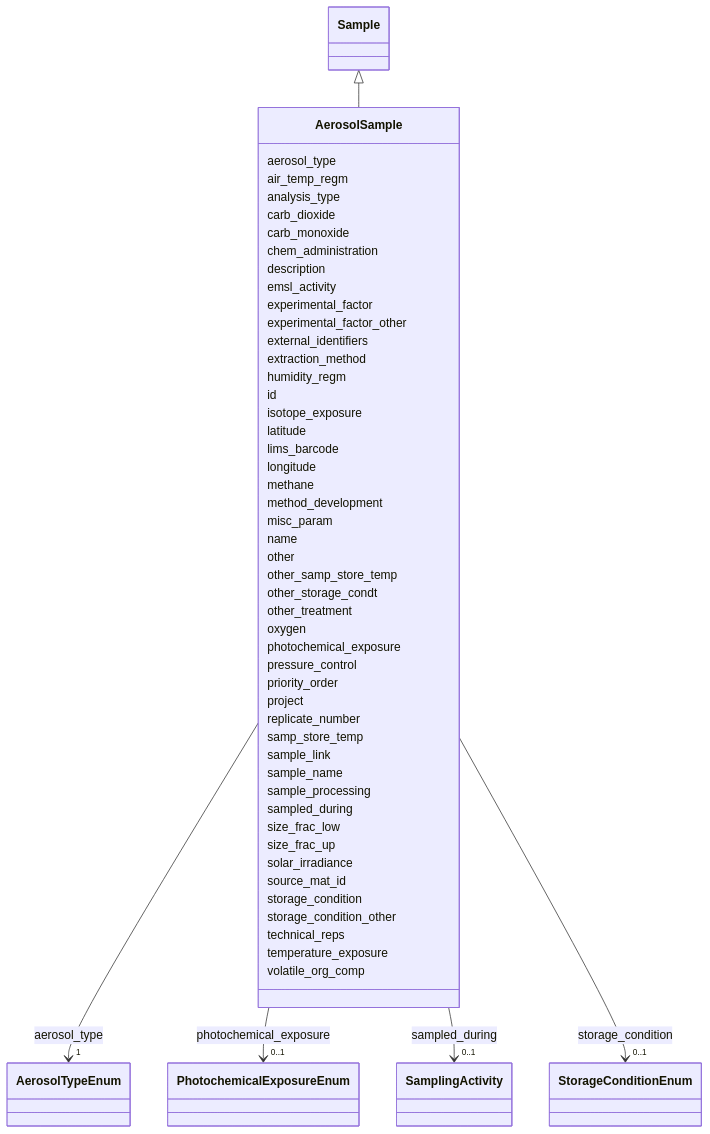
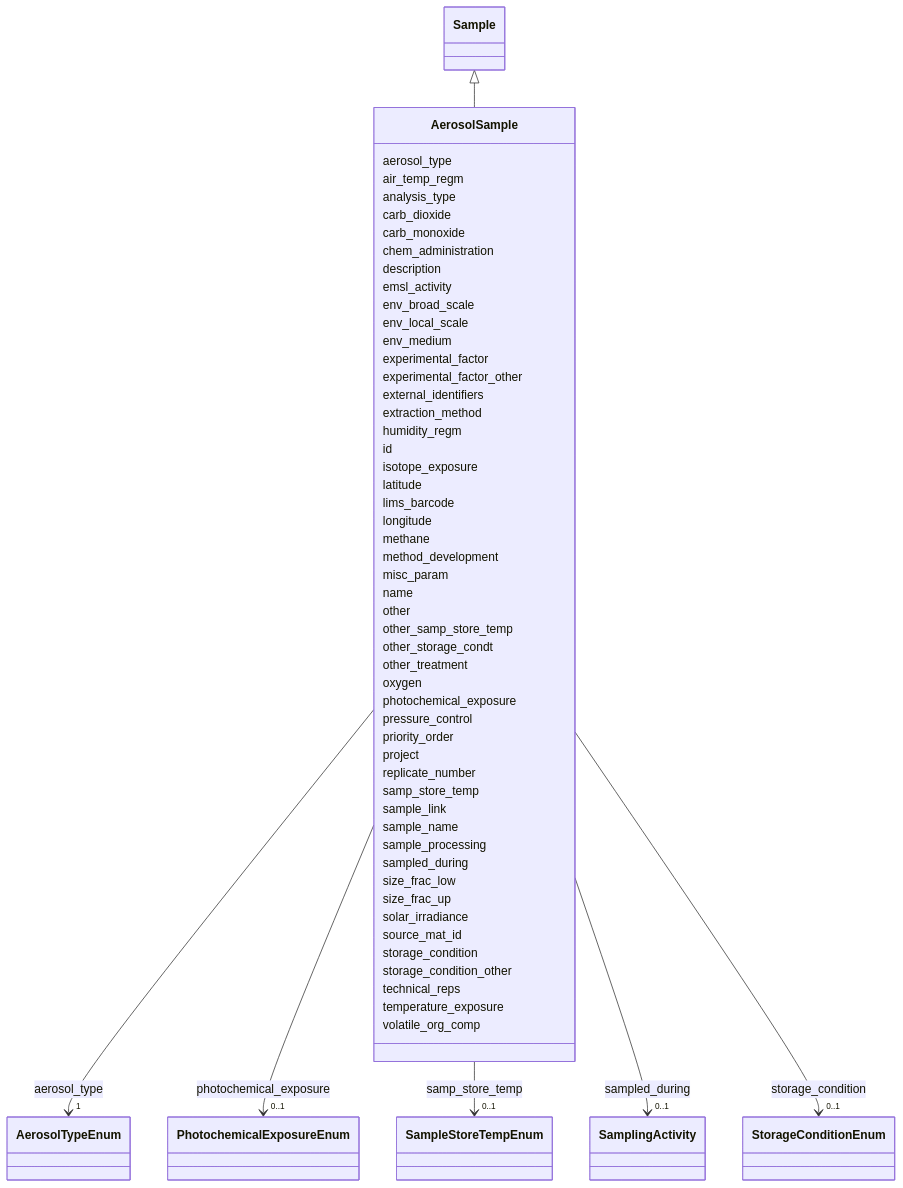
Before and after one commit to EMSL-Computing/BASALT-Schema: the diagram in docs/elements/AerosolSample.md, drawn with Mermaid. The commit also changed other lines of this file and 388 other files, not shown here.

```diff
--- a/docs/elements/AerosolSample.md
+++ b/docs/elements/AerosolSample.md
@@ -48,6 +48,12 @@
       AerosolSample : description
         
       AerosolSample : emsl_activity
+        
+      AerosolSample : env_broad_scale
+        
+      AerosolSample : env_local_scale
+        
+      AerosolSample : env_medium
         
       AerosolSample : experimental_factor
         
@@ -117,6 +123,11 @@
           
     
     
+    
+    
+    AerosolSample --> "0..1" SampleStoreTempEnum : samp_store_temp
+    click SampleStoreTempEnum href "../SampleStoreTempEnum"
+    
 
         
       AerosolSample : sample_link
```
